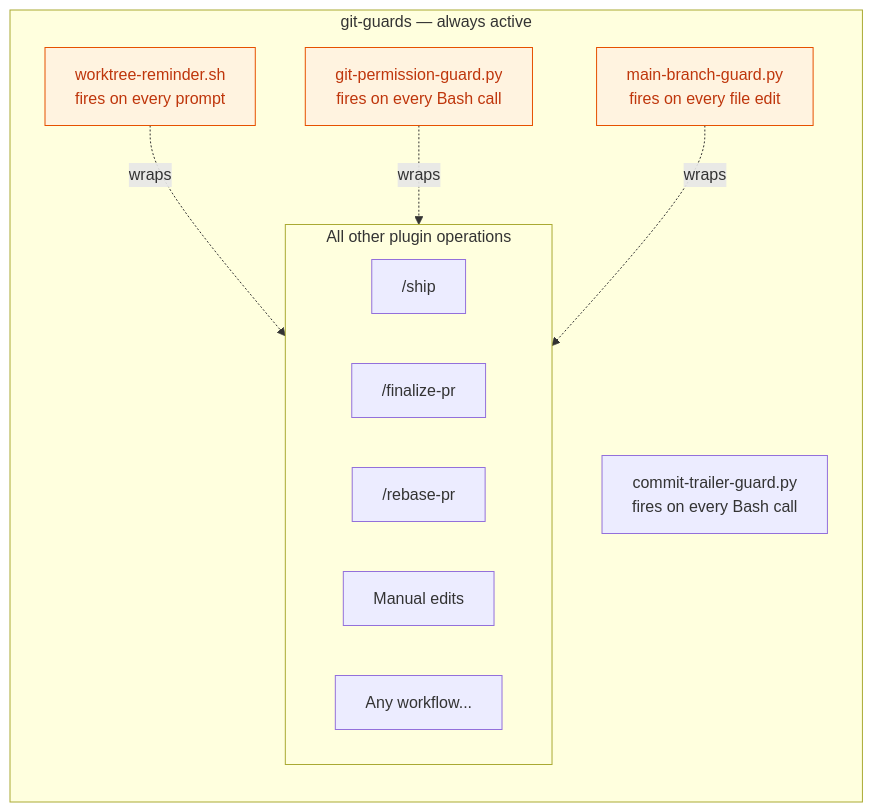
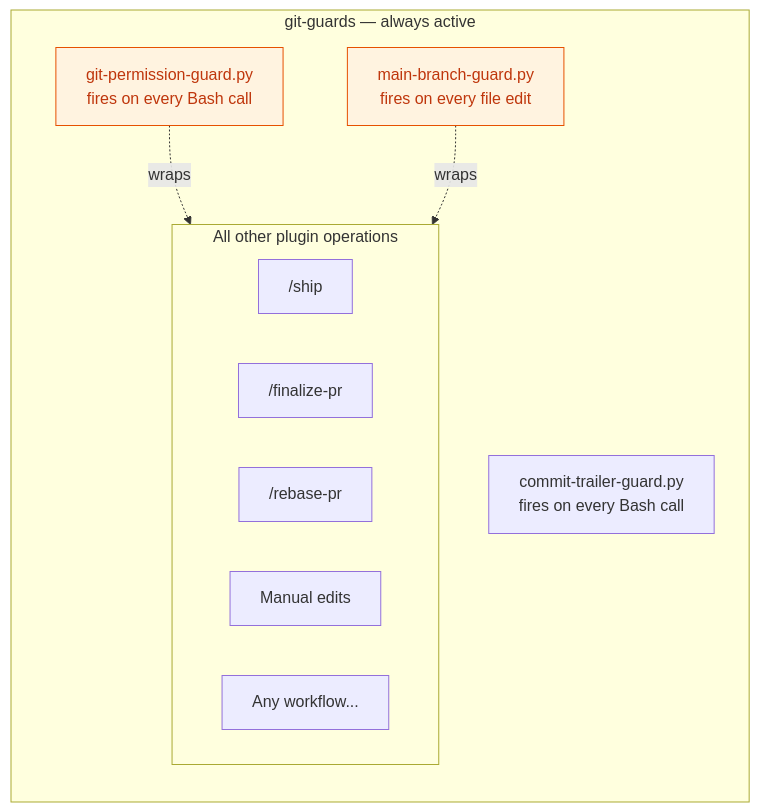
One commit to dryvist/claude-code-plugins changed the second of 2 diagrams in git-guards/ARCHITECTURE.md. Above: the diagram before and after it, drawn with Mermaid. The commit also changed other lines of this file and 11 other files, not shown here.

````diff
--- a/git-guards/ARCHITECTURE.md
+++ b/git-guards/ARCHITECTURE.md
@@ -46,26 +40,24 @@
 ```mermaid
 flowchart LR
     subgraph OUTER["git-guards — always active"]
         direction TB
-        WR2["worktree-reminder.sh\nfires on every prompt"]
         PG2["git-permission-guard.py\nfires on every Bash call"]
         TG2["commit-trailer-guard.py\nfires on every Bash call"]
         MBG2["main-branch-guard.py\nfires on every file edit"]
 
         subgraph INNER["All other plugin operations"]
             direction LR
             SHIP["/ship"]
             FINALIZE["/finalize-pr"]
             REBASE["/rebase-pr"]
             MANUAL["Manual edits"]
             OTHER["Any workflow..."]
         end
 
-        WR2 -.->|wraps| INNER
         PG2 -.->|wraps| INNER
         MBG2 -.->|wraps| INNER
     end
 
     classDef hook fill:#fff3e0,stroke:#e65100,color:#bf360c
-    class WR2,PG2,MBG2 hook
+    class PG2,MBG2 hook
 ```
````
